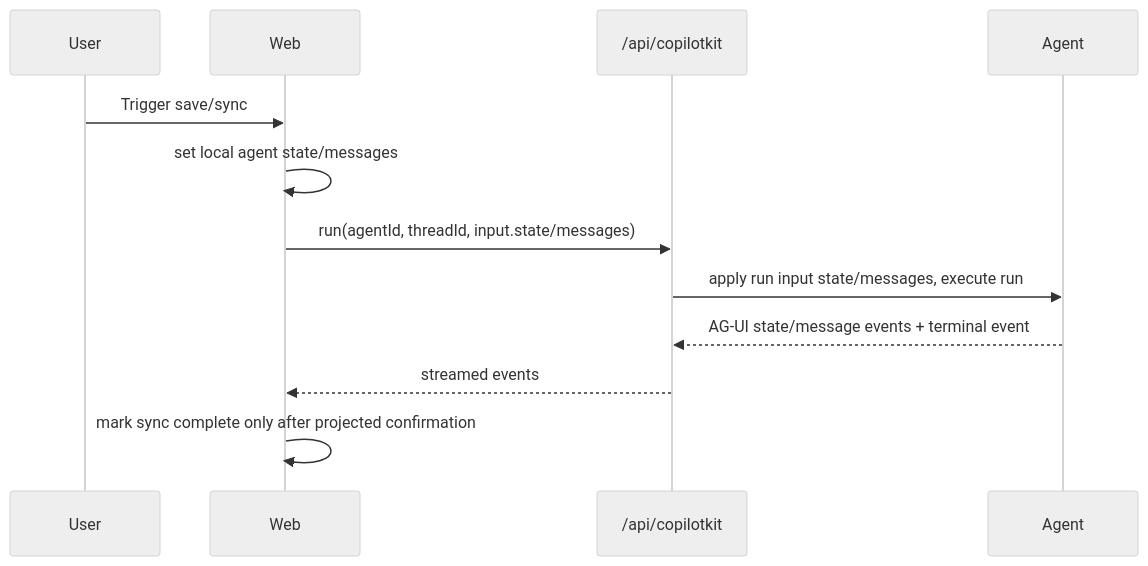
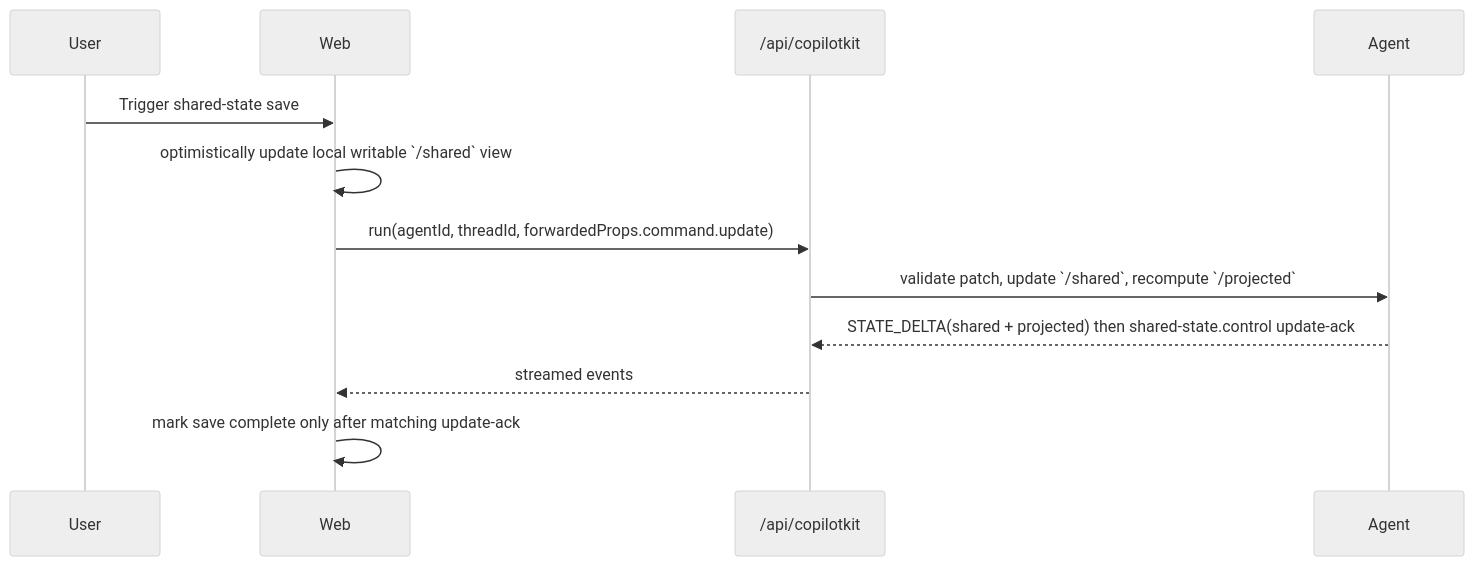
Before and after one commit to EmberAGI/arbitrum-vibekit: the sixth of 6 diagrams in typescript/clients/web-ag-ui/docs/c4-target-architecture-web-ag-ui-agents.md, drawn with Mermaid (neutral theme). The commit also changed other lines of this file and 10 other files, not shown here.

Commit message:
fix(managed-stack): reconcile canonical shared-state control contract

````diff
--- a/typescript/clients/web-ag-ui/docs/c4-target-architecture-web-ag-ui-agents.md
+++ b/typescript/clients/web-ag-ui/docs/c4-target-architecture-web-ag-ui-agents.md
@@ -288,15 +288,15 @@
 ```mermaid
 sequenceDiagram
   participant User
   participant Web
   participant Runtime as /api/copilotkit
   participant Agent
 
-  User->>Web: Trigger save/sync
-  Web->>Web: set local agent state/messages
-  Web->>Runtime: run(agentId, threadId, input.state/messages)
-  Runtime->>Agent: apply run input state/messages, execute run
-  Agent-->>Runtime: AG-UI state/message events + terminal event
+  User->>Web: Trigger shared-state save
+  Web->>Web: optimistically update local writable `/shared` view
+  Web->>Runtime: run(agentId, threadId, forwardedProps.command.update)
+  Runtime->>Agent: validate patch, update `/shared`, recompute `/projected`
+  Agent-->>Runtime: STATE_DELTA(shared + projected) then shared-state.control update-ack
   Runtime-->>Web: streamed events
-  Web->>Web: mark sync complete only after projected confirmation
+  Web->>Web: mark save complete only after matching update-ack
 ```
````
